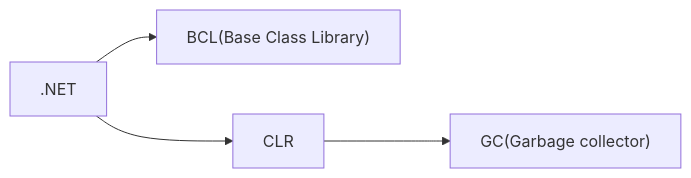
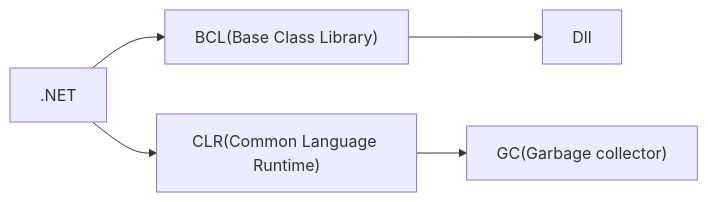
The second of 3 diagrams in README.md (WallNutss/SEFormulatrix_Bootcamp), drawn with Mermaid before and after one commit. The commit also changed other lines of this file and 155 other files, not shown here.

````diff
--- a/README.md
+++ b/README.md
@@ -497,6 +499,7 @@
 ```mermaid
 flowchart LR
     A[.NET] --> B["BCL(Base Class Library)"]
-    A --> C["CLR"]
+    A --> C["CLR(Common Language Runtime)"]
     C --> D["GC(Garbage collector)"]
+    B --> E["Dll"]
 ```
````
